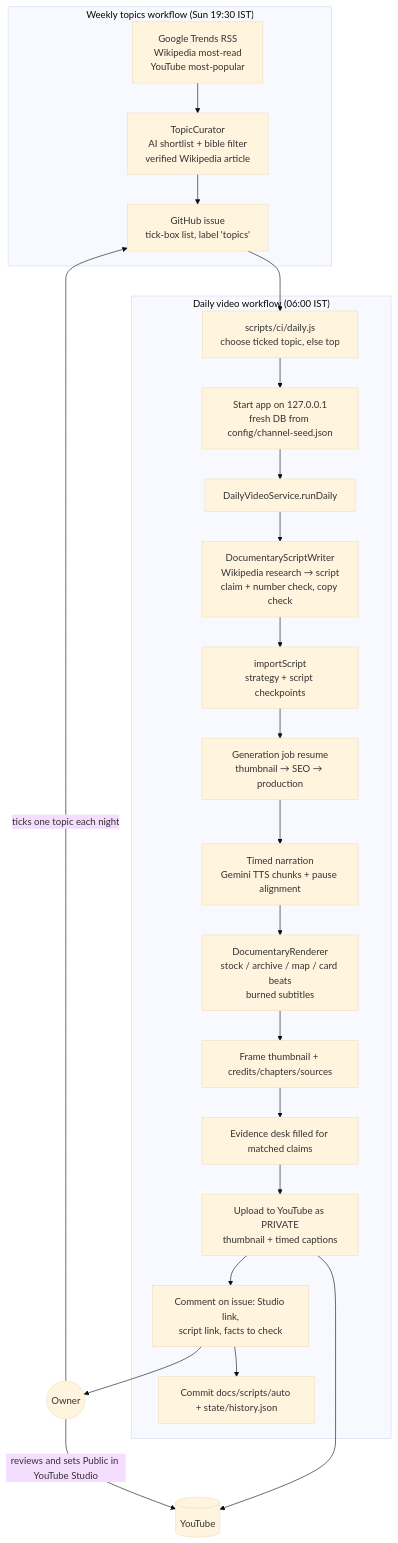
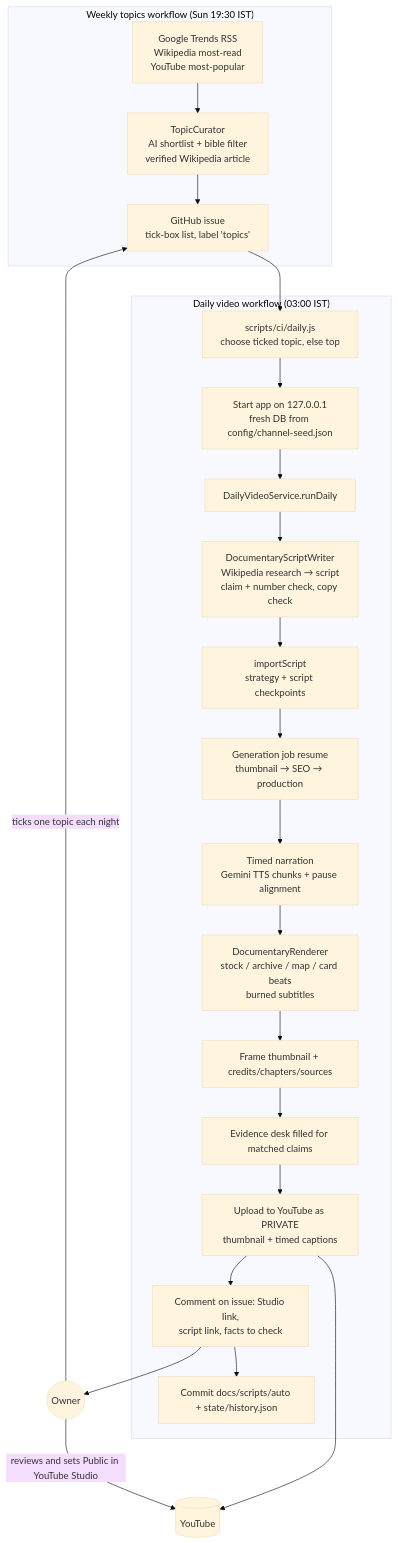
The first of 2 diagrams in ARCHITECTURE.md (pranjul2001/youtube-channel-agent), drawn with Mermaid (base theme) before and after one commit. The commit also changed 5 other files, not shown here.

First line of the commit message:
chore(ci): start the daily video at 03:00 IST

````diff
--- a/ARCHITECTURE.md
+++ b/ARCHITECTURE.md
@@ -7,26 +7,26 @@
 ```mermaid
 flowchart TD
   subgraph Weekly["Weekly topics workflow (Sun 19:30 IST)"]
     T1[Google Trends RSS<br/>Wikipedia most-read<br/>YouTube most-popular] --> T2[TopicCurator<br/>AI shortlist + bible filter<br/>verified Wikipedia article]
     T2 --> T3[GitHub issue<br/>tick-box list, label 'topics']
   end
   Owner((Owner)) -- ticks one topic each night --> T3
-  subgraph Daily["Daily video workflow (06:00 IST)"]
+  subgraph Daily["Daily video workflow (03:00 IST)"]
     D1[scripts/ci/daily.js<br/>choose ticked topic, else top] --> D2[Start app on 127.0.0.1<br/>fresh DB from config/channel-seed.json]
     D2 --> D3[DailyVideoService.runDaily]
     D3 --> W[DocumentaryScriptWriter<br/>Wikipedia research → script<br/>claim + number check, copy check]
     W --> I[importScript<br/>strategy + script checkpoints]
     I --> P[Generation job resume<br/>thumbnail → SEO → production]
     P --> N[Timed narration<br/>Gemini TTS chunks + pause alignment]
     N --> R[DocumentaryRenderer<br/>stock / archive / map / card beats<br/>burned subtitles]
     R --> TH[Frame thumbnail + credits/chapters/sources]
     TH --> E[Evidence desk filled for matched claims]
     E --> U[Upload to YouTube as PRIVATE<br/>thumbnail + timed captions]
     U --> C[Comment on issue: Studio link,<br/>script link, facts to check]
     C --> G[Commit docs/scripts/auto + state/history.json]
   end
   T3 --> D1
   C --> Owner
   Owner -- reviews and sets Public in YouTube Studio --> YT[(YouTube)]
   U --> YT
 ```
````
